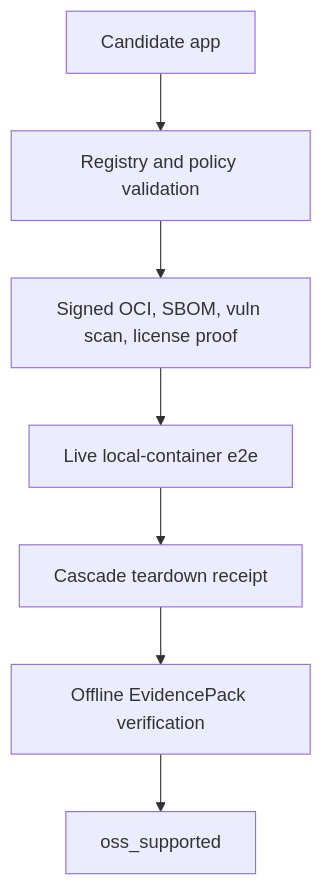
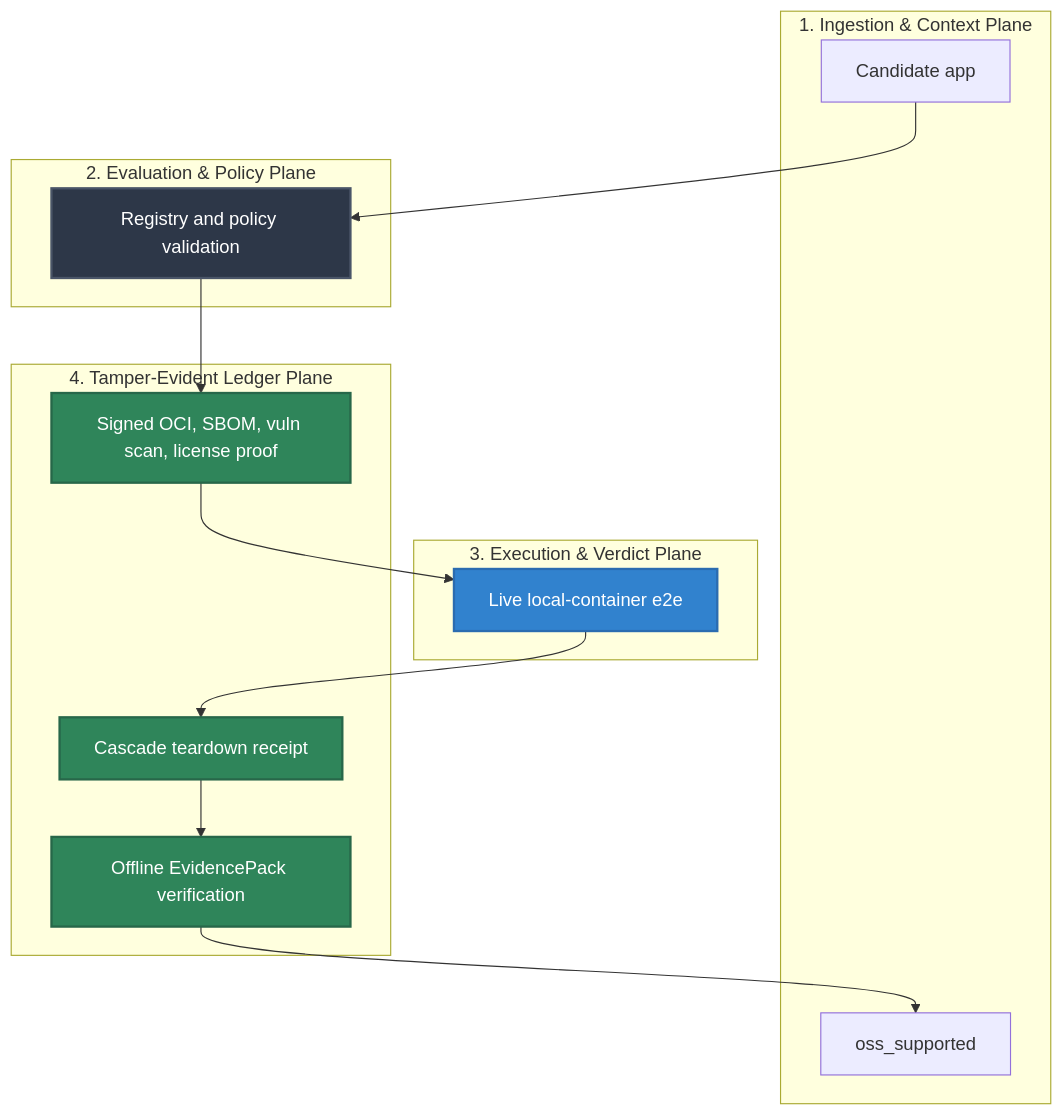
One commit to Mindburn-Labs/helm-ai-kernel changed the diagram in docs/launchpad/CONFORMANCE.md. Above: the diagram before and after it, drawn with Mermaid. The commit also changed other lines of this file and 330 other files, not shown here.

````diff
--- a/docs/launchpad/CONFORMANCE.md
+++ b/docs/launchpad/CONFORMANCE.md
@@ -87,9 +87,36 @@
 ```mermaid
 flowchart TD
-  Candidate["Candidate app"] --> Registry["Registry and policy validation"]
-  Registry --> SupplyChain["Signed OCI, SBOM, vuln scan, license proof"]
-  SupplyChain --> Runtime["Live local-container e2e"]
-  Runtime --> Teardown["Cascade teardown receipt"]
-  Teardown --> Evidence["Offline EvidencePack verification"]
-  Evidence --> Supported["oss_supported"]
+    subgraph Ingestion["1. Ingestion & Context Plane"]
+        Candidate["Candidate app"]
+        Supported["oss_supported"]
+    end
+
+    subgraph Evaluation["2. Evaluation & Policy Plane"]
+        Registry["Registry and policy validation"]
+    end
+
+    subgraph Execution["3. Execution & Verdict Plane"]
+        Runtime["Live local-container e2e"]
+    end
+
+    subgraph Ledger["4. Tamper-Evident Ledger Plane"]
+        SupplyChain["Signed OCI, SBOM, vuln scan, license proof"]
+        Teardown["Cascade teardown receipt"]
+        Evidence["Offline EvidencePack verification"]
+    end
+
+    %% Operational Flow Edges
+    Candidate --> Registry
+    Registry --> SupplyChain
+    SupplyChain --> Runtime
+    Runtime --> Teardown
+    Teardown --> Evidence
+    Evidence --> Supported
+
+    %% Premium Styling Rules
+    style Registry fill:#2d3748,stroke:#4a5568,stroke-width:2px,color:#fff
+    style SupplyChain fill:#2f855a,stroke:#276749,stroke-width:2px,color:#fff
+    style Runtime fill:#3182ce,stroke:#2b6cb0,stroke-width:2px,color:#fff
+    style Teardown fill:#2f855a,stroke:#276749,stroke-width:2px,color:#fff
+    style Evidence fill:#2f855a,stroke:#276749,stroke-width:2px,color:#fff
 ```
````
